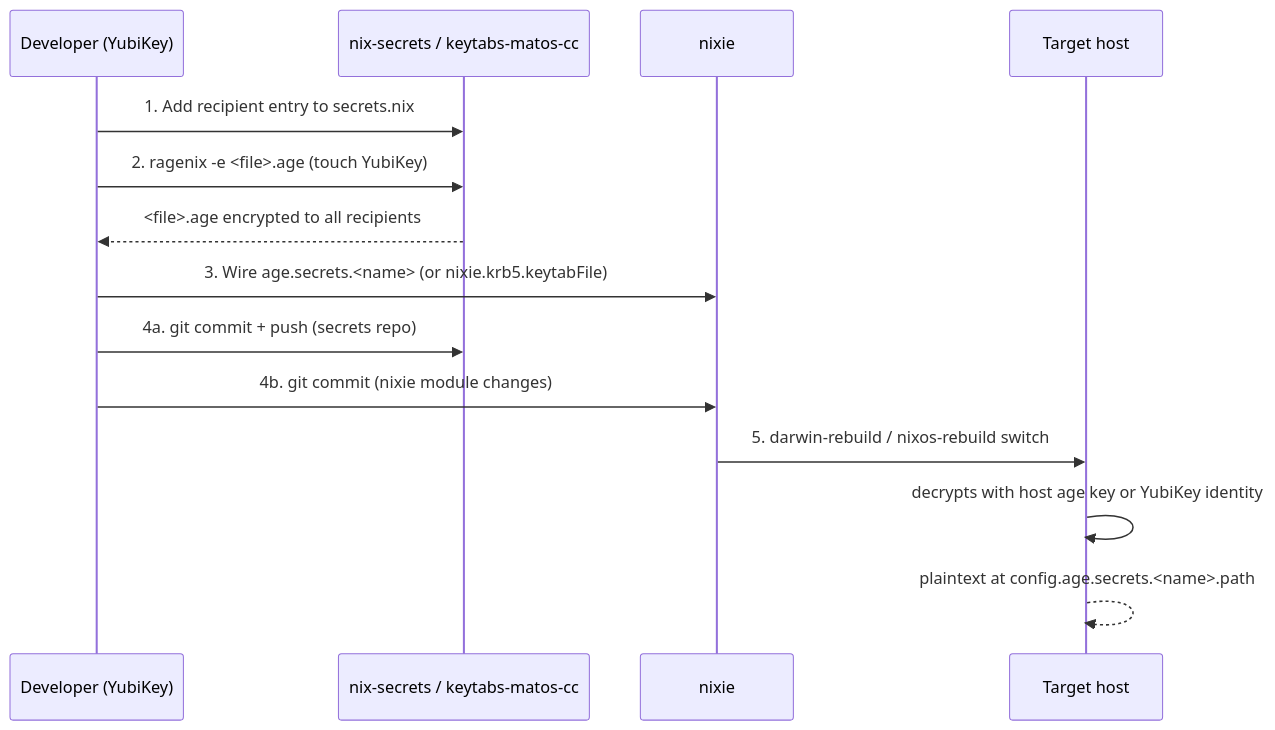
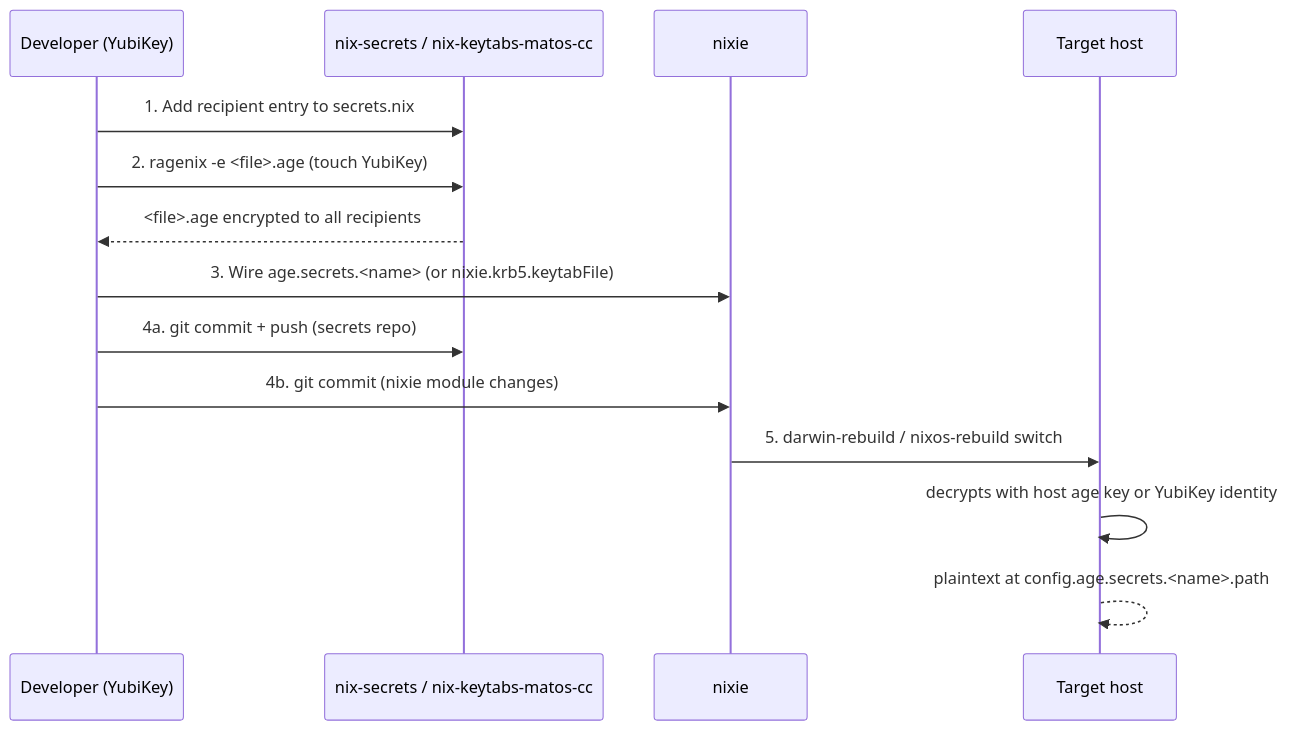
Before and after one commit to amatos/nixie: the second of 2 diagrams in ARCHITECTURE.md, drawn with Mermaid. The commit also changed other lines of this file and 20 other files, not shown here.

First line of the commit message:
breaking: rename nixie-homes/keytabs-matos-cc flake inputs

````diff
--- a/ARCHITECTURE.md
+++ b/ARCHITECTURE.md
@@ -201,17 +201,17 @@
 ```mermaid
 sequenceDiagram
     participant Dev as Developer (YubiKey)
-    participant Secrets as nix-secrets / keytabs-matos-cc
+    participant Secrets as nix-secrets / nix-keytabs-matos-cc
     participant Nixie as nixie
     participant Host as Target host
 
     Dev->>Secrets: 1. Add recipient entry to secrets.nix
     Dev->>Secrets: 2. ragenix -e <file>.age (touch YubiKey)
     Secrets-->>Dev: <file>.age encrypted to all recipients
     Dev->>Nixie: 3. Wire age.secrets.<name> (or nixie.krb5.keytabFile)
     Dev->>Secrets: 4a. git commit + push (secrets repo)
     Dev->>Nixie: 4b. git commit (nixie module changes)
     Nixie->>Host: 5. darwin-rebuild / nixos-rebuild switch
     Host->>Host: decrypts with host age key or YubiKey identity
     Host-->>Host: plaintext at config.age.secrets.<name>.path
 ```
````
